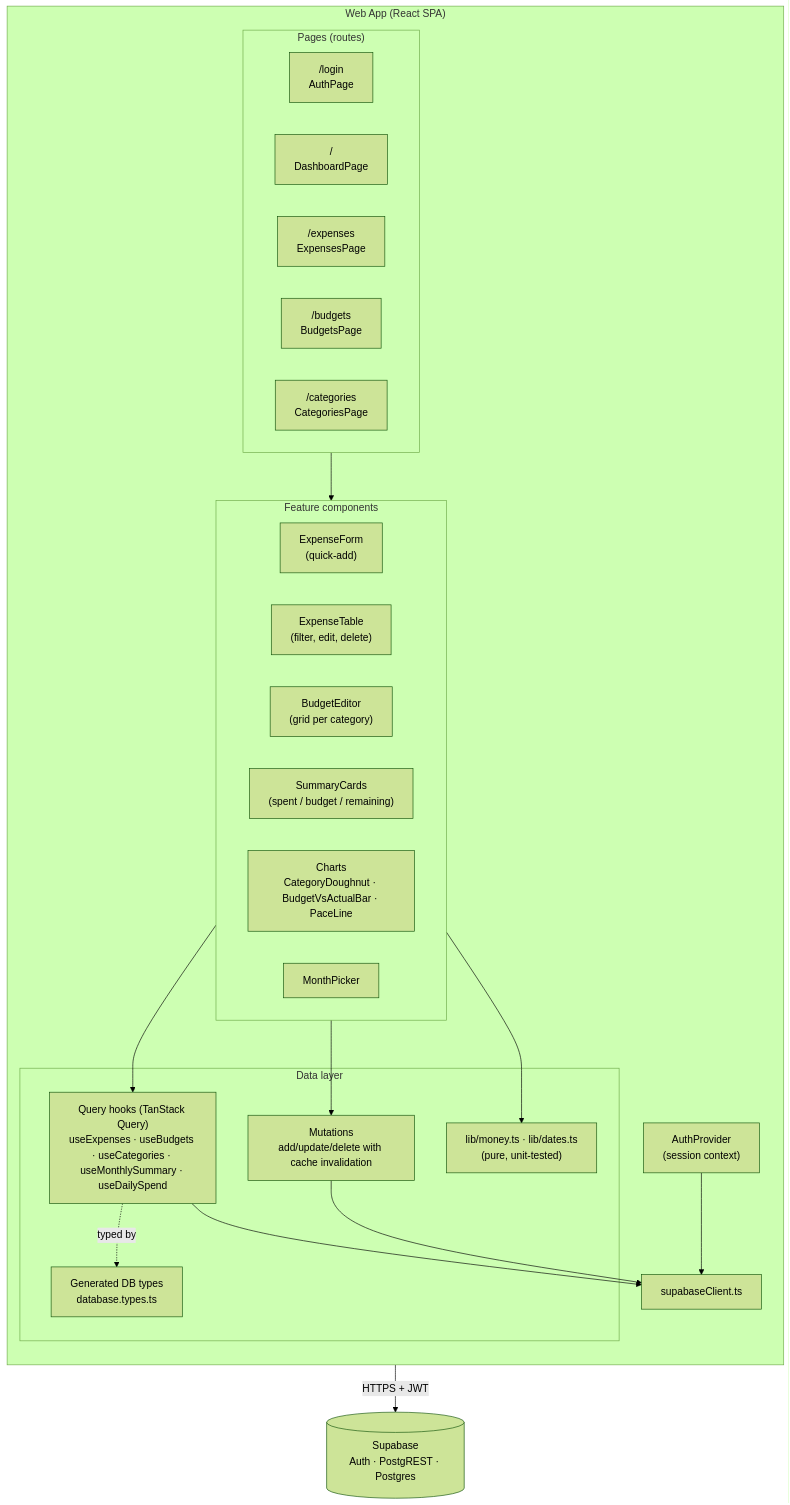
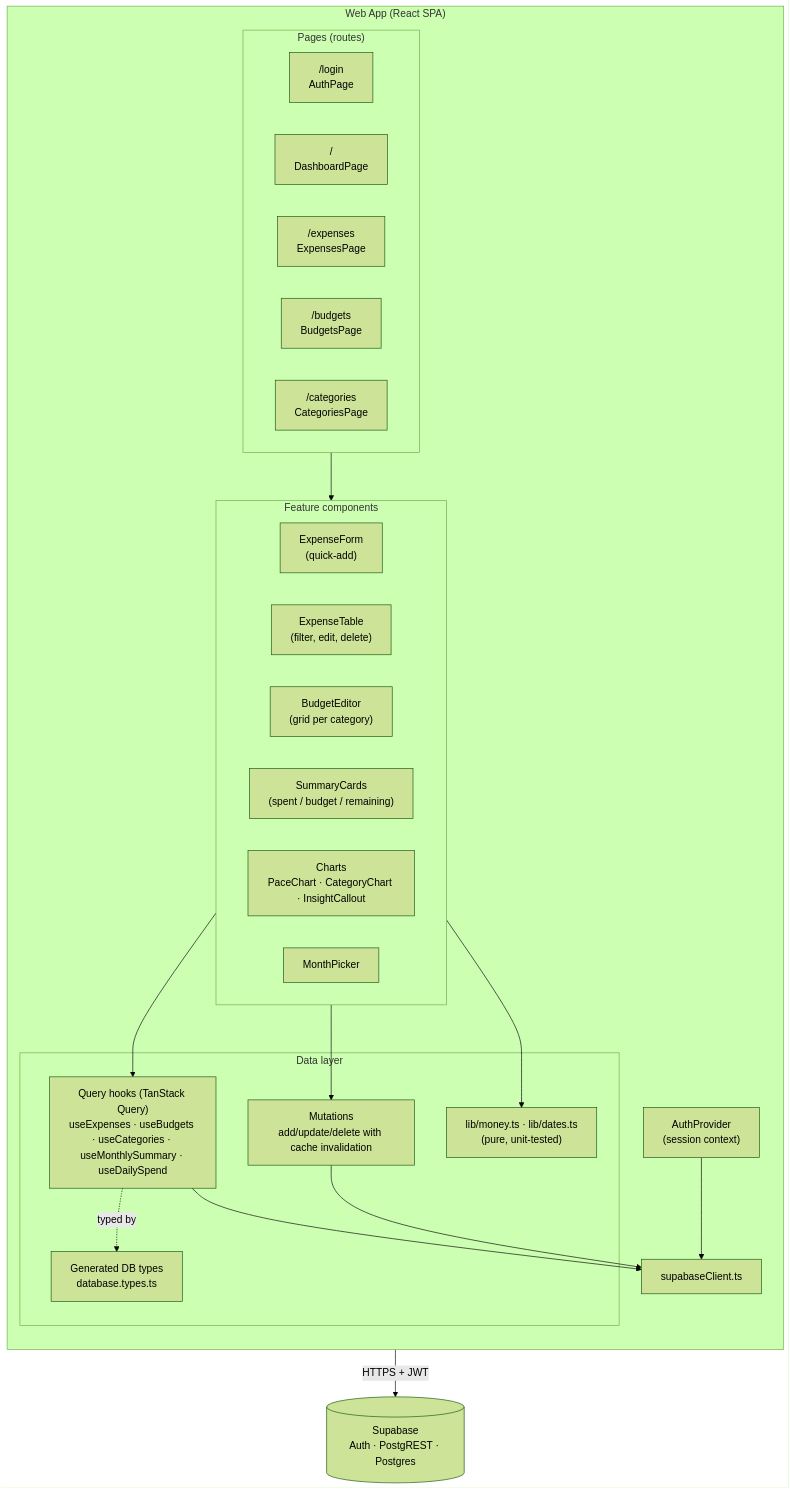
Before and after one commit to adityasingh-07/finance-dashboard: the third of 7 diagrams in finance-dashboard/docs/ARCHITECTURE.md, drawn with Mermaid (forest theme). The commit also changed other lines of this file and 23 other files, not shown here.

````diff
--- a/finance-dashboard/docs/ARCHITECTURE.md
+++ b/finance-dashboard/docs/ARCHITECTURE.md
@@ -98,42 +98,42 @@
 ```mermaid
 flowchart TB
     subgraph SPA["Web App (React SPA)"]
         direction TB
         subgraph Pages["Pages (routes)"]
             P1["/login<br/>AuthPage"]
             P2["/<br/>DashboardPage"]
             P3["/expenses<br/>ExpensesPage"]
             P4["/budgets<br/>BudgetsPage"]
             P5["/categories<br/>CategoriesPage"]
         end
 
         subgraph UI["Feature components"]
             C1["ExpenseForm<br/>(quick-add)"]
             C2["ExpenseTable<br/>(filter, edit, delete)"]
             C3["BudgetEditor<br/>(grid per category)"]
             C4["SummaryCards<br/>(spent / budget / remaining)"]
-            C5["Charts<br/>CategoryDoughnut · BudgetVsActualBar · PaceLine"]
+            C5["Charts<br/>PaceChart · CategoryChart · InsightCallout"]
             C6["MonthPicker"]
         end
 
         subgraph Data["Data layer"]
             H1["Query hooks (TanStack Query)<br/>useExpenses · useBudgets · useCategories · useMonthlySummary · useDailySpend"]
             H2["Mutations<br/>add/update/delete with cache invalidation"]
             T["Generated DB types<br/>database.types.ts"]
             L["lib/money.ts · lib/dates.ts<br/>(pure, unit-tested)"]
         end
 
         AC["AuthProvider<br/>(session context)"]
         SC["supabaseClient.ts"]
     end
 
     Pages --> UI
     UI --> H1
     UI --> H2
     UI --> L
     H1 --> SC
     H2 --> SC
     AC --> SC
     H1 -. typed by .-> T
     SC -->|HTTPS + JWT| SUPA[("Supabase<br/>Auth · PostgREST · Postgres")]
 ```
````
